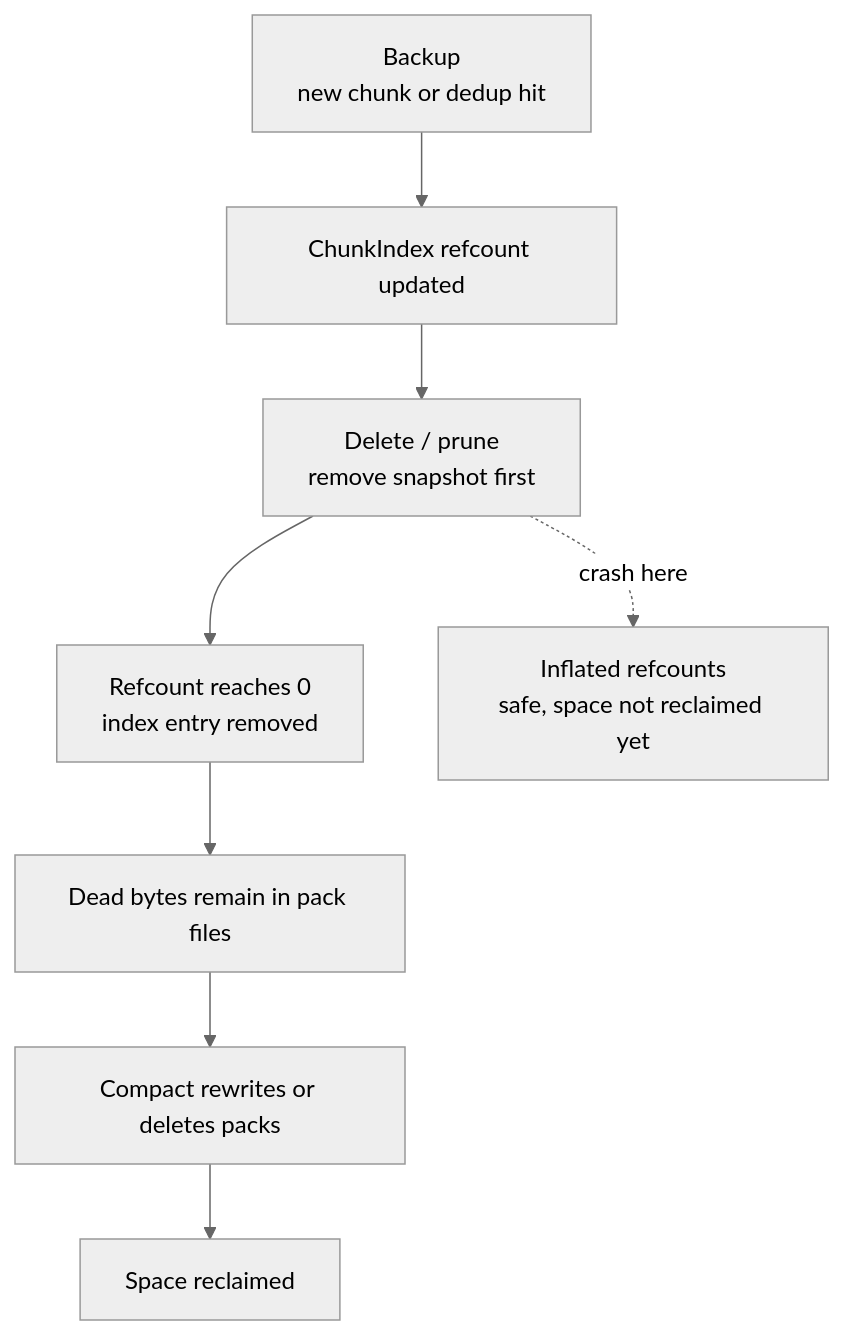
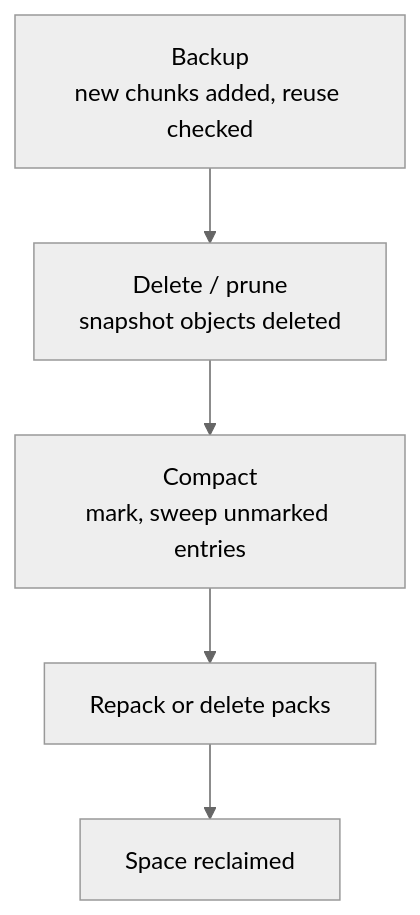
The fifth of 7 diagrams in docs/src/content/docs/architecture.md (borgbase/vykar), drawn with Mermaid (neutral theme) before and after one commit. The commit also changed other lines of this file and 90 other files, not shown here.

````diff
--- a/docs/src/content/docs/architecture.md
+++ b/docs/src/content/docs/architecture.md
@@ -756,10 +763,7 @@
 ```mermaid
 flowchart TD
-    backup["Backup<br/>new chunk or dedup hit"] --> refs["ChunkIndex refcount updated"]
-    refs --> delete["Delete / prune<br/>remove snapshot first"]
-    delete --> zero["Refcount reaches 0<br/>index entry removed"]
-    delete -. crash here .-> inflated["Inflated refcounts<br/>safe, space not reclaimed yet"]
-    zero --> orphan["Dead bytes remain in pack files"]
-    orphan --> compact["Compact rewrites or deletes packs"]
-    compact --> reclaimed["Space reclaimed"]
+    backup["Backup<br/>new chunks added, reuse checked"] --> delete["Delete / prune<br/>snapshot objects deleted"]
+    delete --> compact["Compact<br/>mark, sweep unmarked entries"]
+    compact --> repack["Repack or delete packs"]
+    repack --> reclaimed["Space reclaimed"]
 ```
````
